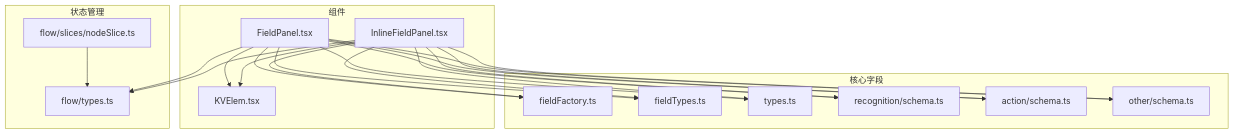
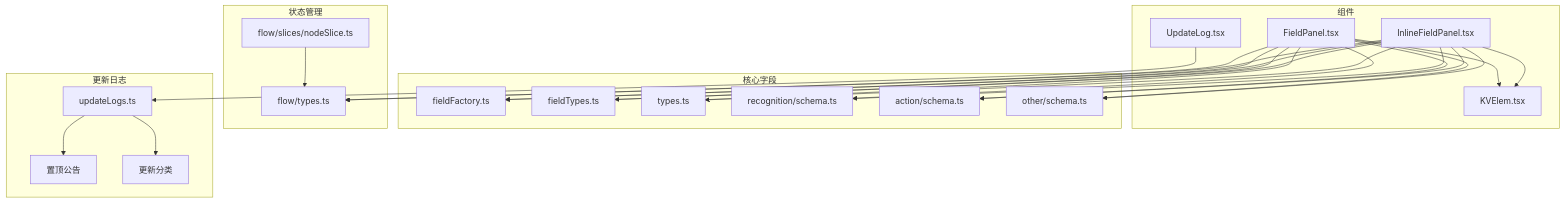
Before and after one commit to kqcoxn/MaaPipelineEditor: the first of 8 diagrams in .qoder/repowiki/zh/content/核心概念/字段面板/字段面板.md, drawn with Mermaid. The commit also changed other lines of this file and 23 other files, not shown here.

````diff
--- a/.qoder/repowiki/zh/content/核心概念/字段面板/字段面板.md
+++ b/.qoder/repowiki/zh/content/核心概念/字段面板/字段面板.md
@@ -52,37 +55,46 @@
 ```mermaid
 graph TB
 subgraph "组件"
 FieldPanel[FieldPanel.tsx]
 InlineFieldPanel[InlineFieldPanel.tsx]
+UpdateLog[UpdateLog.tsx]
 KVElem[KVElem.tsx]
 end
 subgraph "核心字段"
 Fields[fieldFactory.ts]
 Types[fieldTypes.ts]
 TypesDef[types.ts]
 Recognition[recognition/schema.ts]
 Action[action/schema.ts]
 Other[other/schema.ts]
 end
 subgraph "状态管理"
 Store[flow/types.ts]
 NodeSlice[flow/slices/nodeSlice.ts]
+end
+subgraph "更新日志"
+UpdateLogs[updateLogs.ts]
+PinnedNotice[置顶公告]
+UpdateCategories[更新分类]
 end
 FieldPanel --> Fields
 FieldPanel --> Types
 FieldPanel --> TypesDef
 FieldPanel --> Recognition
 FieldPanel --> Action
 FieldPanel --> Other
 FieldPanel --> Store
 FieldPanel --> KVElem
 InlineFieldPanel --> Fields
 InlineFieldPanel --> Types
 InlineFieldPanel --> TypesDef
 InlineFieldPanel --> Recognition
 InlineFieldPanel --> Action
 InlineFieldPanel --> Other
 InlineFieldPanel --> Store
 InlineFieldPanel --> KVElem
+UpdateLog --> UpdateLogs
+UpdateLogs --> PinnedNotice
+UpdateLogs --> UpdateCategories
 NodeSlice --> Store
 ```
````
